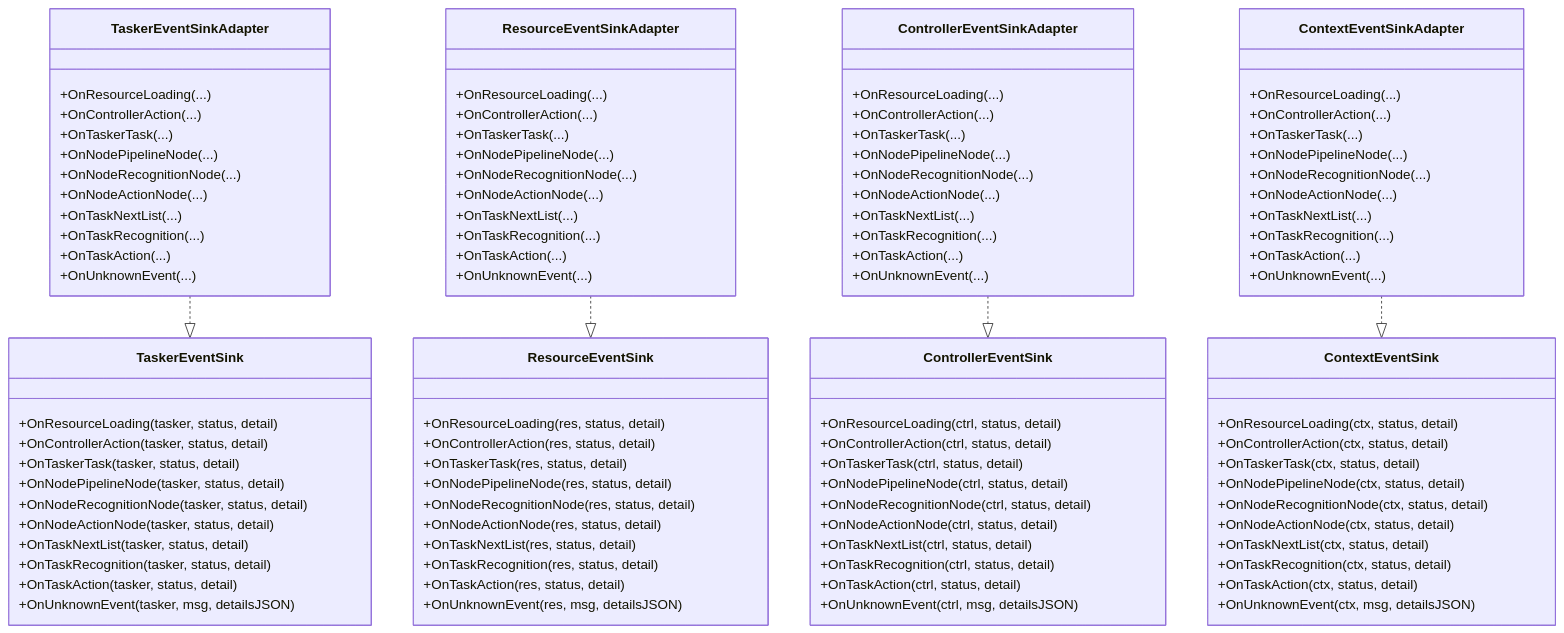
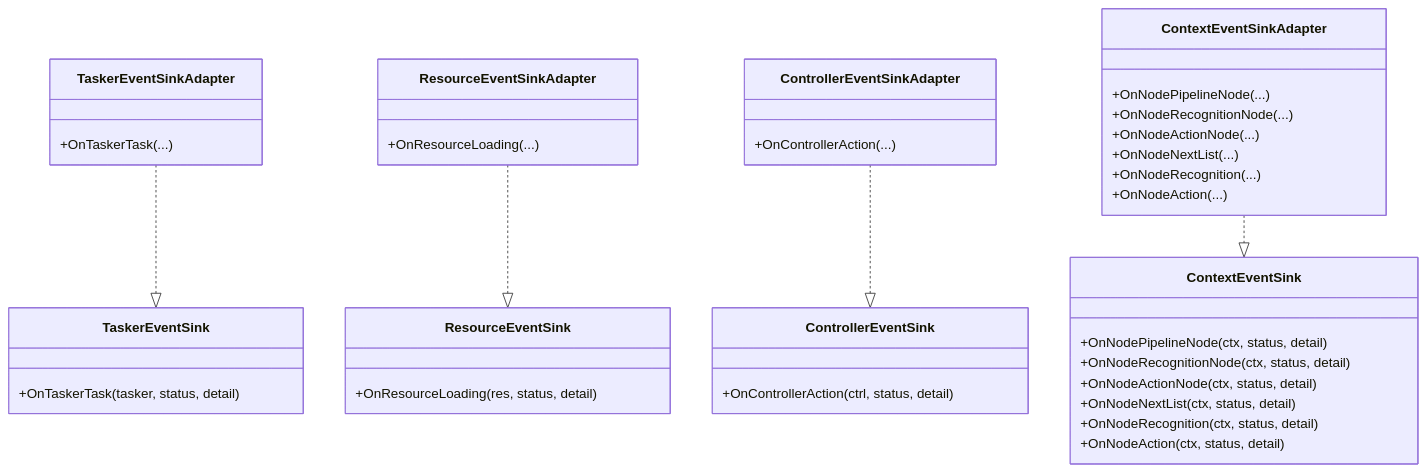
Before and after one commit to kqcoxn/MaaPipelineEditor: the fourth of 6 diagrams in instructions/maafw-golang/API参考/事件系统.md, drawn with Mermaid. The commit also changed other lines of this file and 2 other files, not shown here.

````diff
--- a/instructions/maafw-golang/API参考/事件系统.md
+++ b/instructions/maafw-golang/API参考/事件系统.md
@@ -326,103 +337,41 @@
 ```mermaid
 classDiagram
 class TaskerEventSink {
-+OnResourceLoading(tasker, status, detail)
-+OnControllerAction(tasker, status, detail)
 +OnTaskerTask(tasker, status, detail)
-+OnNodePipelineNode(tasker, status, detail)
-+OnNodeRecognitionNode(tasker, status, detail)
-+OnNodeActionNode(tasker, status, detail)
-+OnTaskNextList(tasker, status, detail)
-+OnTaskRecognition(tasker, status, detail)
-+OnTaskAction(tasker, status, detail)
-+OnUnknownEvent(tasker, msg, detailsJSON)
 }
 class TaskerEventSinkAdapter {
-+OnResourceLoading(...)
-+OnControllerAction(...)
 +OnTaskerTask(...)
-+OnNodePipelineNode(...)
-+OnNodeRecognitionNode(...)
-+OnNodeActionNode(...)
-+OnTaskNextList(...)
-+OnTaskRecognition(...)
-+OnTaskAction(...)
-+OnUnknownEvent(...)
 }
 TaskerEventSinkAdapter ..|> TaskerEventSink
 class ResourceEventSink {
 +OnResourceLoading(res, status, detail)
-+OnControllerAction(res, status, detail)
-+OnTaskerTask(res, status, detail)
-+OnNodePipelineNode(res, status, detail)
-+OnNodeRecognitionNode(res, status, detail)
-+OnNodeActionNode(res, status, detail)
-+OnTaskNextList(res, status, detail)
-+OnTaskRecognition(res, status, detail)
-+OnTaskAction(res, status, detail)
-+OnUnknownEvent(res, msg, detailsJSON)
 }
 class ResourceEventSinkAdapter {
 +OnResourceLoading(...)
+}
+ResourceEventSinkAdapter ..|> ResourceEventSink
+class ControllerEventSink {
++OnControllerAction(ctrl, status, detail)
+}
+class ControllerEventSinkAdapter {
 +OnControllerAction(...)
-+OnTaskerTask(...)
+}
+ControllerEventSinkAdapter ..|> ControllerEventSink
+class ContextEventSink {
++OnNodePipelineNode(ctx, status, detail)
++OnNodeRecognitionNode(ctx, status, detail)
++OnNodeActionNode(ctx, status, detail)
++OnNodeNextList(ctx, status, detail)
++OnNodeRecognition(ctx, status, detail)
++OnNodeAction(ctx, status, detail)
+}
+class ContextEventSinkAdapter {
 +OnNodePipelineNode(...)
 +OnNodeRecognitionNode(...)
 +OnNodeActionNode(...)
-+OnTaskNextList(...)
-+OnTaskRecognition(...)
-+OnTaskAction(...)
-+OnUnknownEvent(...)
-}
-ResourceEventSinkAdapter ..|> ResourceEventSink
-class ControllerEventSink {
-+OnResourceLoading(ctrl, status, detail)
-+OnControllerAction(ctrl, status, detail)
-+OnTaskerTask(ctrl, status, detail)
-+OnNodePipelineNode(ctrl, status, detail)
-+OnNodeRecognitionNode(ctrl, status, detail)
-+OnNodeActionNode(ctrl, status, detail)
-+OnTaskNextList(ctrl, status, detail)
-+OnTaskRecognition(ctrl, status, detail)
-+OnTaskAction(ctrl, status, detail)
-+OnUnknownEvent(ctrl, msg, detailsJSON)
-}
-class ControllerEventSinkAdapter {
-+OnResourceLoading(...)
-+OnControllerAction(...)
-+OnTaskerTask(...)
-+OnNodePipelineNode(...)
-+OnNodeRecognitionNode(...)
-+OnNodeActionNode(...)
-+OnTaskNextList(...)
-+OnTaskRecognition(...)
-+OnTaskAction(...)
-+OnUnknownEvent(...)
-}
-ControllerEventSinkAdapter ..|> ControllerEventSink
-class ContextEventSink {
-+OnResourceLoading(ctx, status, detail)
-+OnControllerAction(ctx, status, detail)
-+OnTaskerTask(ctx, status, detail)
-+OnNodePipelineNode(ctx, status, detail)
-+OnNodeRecognitionNode(ctx, status, detail)
-+OnNodeActionNode(ctx, status, detail)
-+OnTaskNextList(ctx, status, detail)
-+OnTaskRecognition(ctx, status, detail)
-+OnTaskAction(ctx, status, detail)
-+OnUnknownEvent(ctx, msg, detailsJSON)
-}
-class ContextEventSinkAdapter {
-+OnResourceLoading(...)
-+OnControllerAction(...)
-+OnTaskerTask(...)
-+OnNodePipelineNode(...)
-+OnNodeRecognitionNode(...)
-+OnNodeActionNode(...)
-+OnTaskNextList(...)
-+OnTaskRecognition(...)
-+OnTaskAction(...)
-+OnUnknownEvent(...)
++OnNodeNextList(...)
++OnNodeRecognition(...)
++OnNodeAction(...)
 }
 ContextEventSinkAdapter ..|> ContextEventSink
 ```
````
